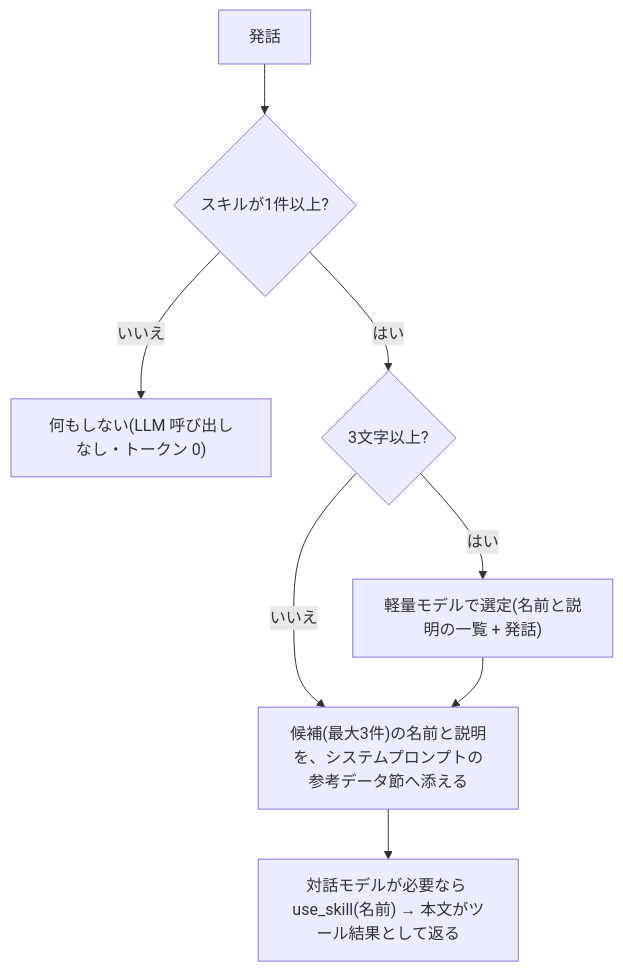
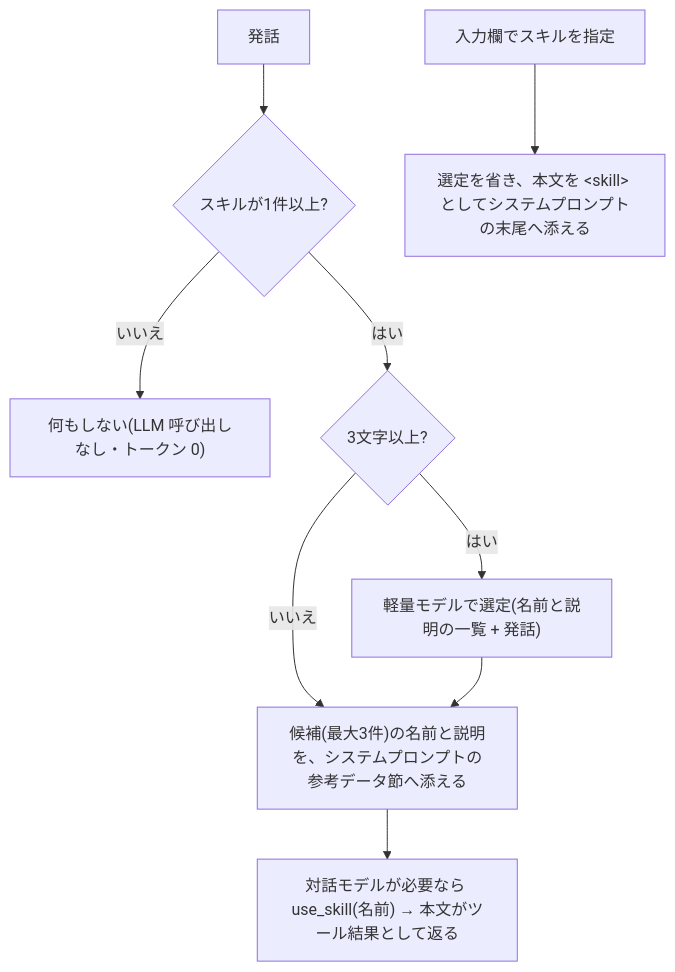
Before and after one commit to long-in/MyAssistant: the diagram in docs/skills.md, drawn with Mermaid. The commit also changed other lines of this file and 30 other files, not shown here.

````diff
--- a/docs/skills.md
+++ b/docs/skills.md
@@ -40,10 +57,11 @@
 ```mermaid
 flowchart TD
   U["発話"] --> N{"スキルが1件以上?"}
   N -- いいえ --> X["何もしない(LLM 呼び出しなし・トークン 0)"]
   N -- はい --> S{"3文字以上?"}
   S -- いいえ --> M
   S -- はい --> L["軽量モデルで選定(名前と説明の一覧 + 発話)"]
   L --> M["候補(最大3件)の名前と説明を、システムプロンプトの参考データ節へ添える"]
   M --> T["対話モデルが必要なら use_skill(名前) → 本文がツール結果として返る"]
+  P["入力欄でスキルを指定"] --> B["選定を省き、本文を &lt;skill&gt; としてシステムプロンプトの末尾へ添える"]
 ```
````
